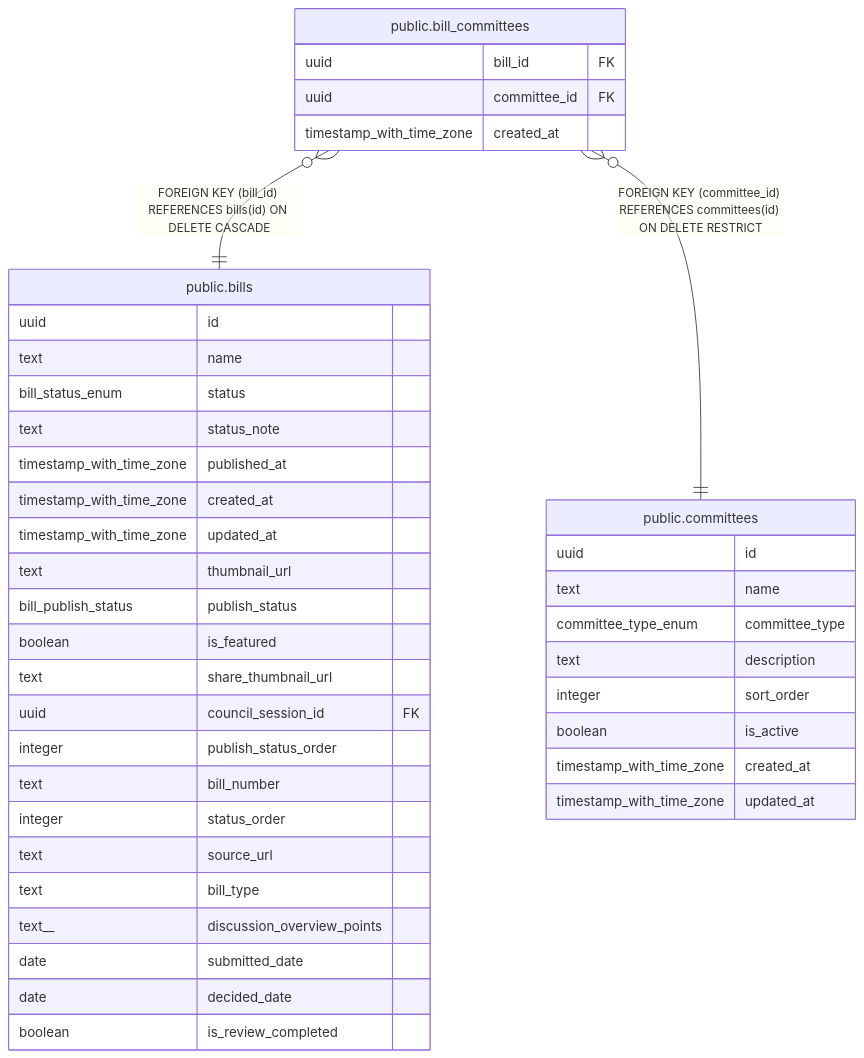
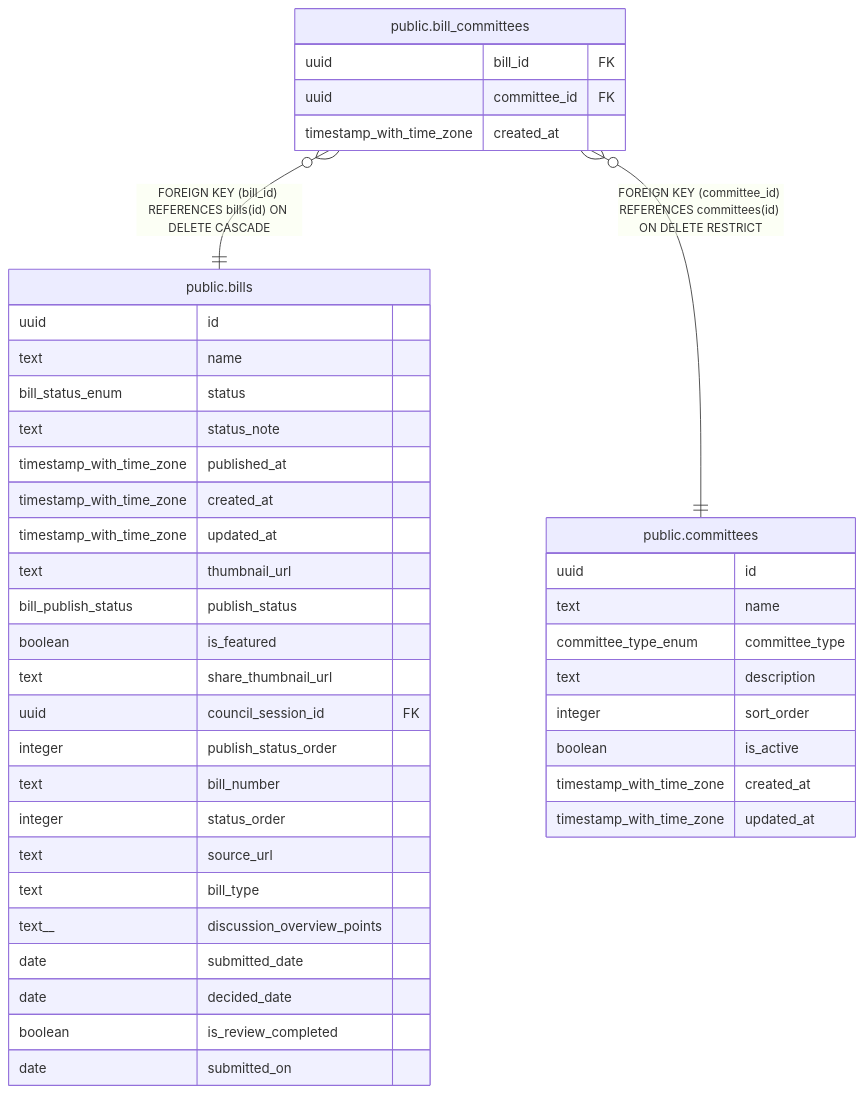
Before and after one commit to s-takahashi-hokkaido/dejimin-gikai: the diagram in docs/schema/public.bill_committees.md, drawn with Mermaid. The commit also changed 24 other files, not shown here.

````diff
--- a/docs/schema/public.bill_committees.md
+++ b/docs/schema/public.bill_committees.md
@@ -38,45 +38,46 @@
 ```mermaid
 erDiagram
 
 "public.bill_committees" }o--|| "public.bills" : "FOREIGN KEY (bill_id) REFERENCES bills(id) ON DELETE CASCADE"
 "public.bill_committees" }o--|| "public.committees" : "FOREIGN KEY (committee_id) REFERENCES committees(id) ON DELETE RESTRICT"
 
 "public.bill_committees" {
   uuid bill_id FK
   uuid committee_id FK
   timestamp_with_time_zone created_at
 }
 "public.bills" {
   uuid id
   text name
   bill_status_enum status
   text status_note
   timestamp_with_time_zone published_at
   timestamp_with_time_zone created_at
   timestamp_with_time_zone updated_at
   text thumbnail_url
   bill_publish_status publish_status
   boolean is_featured
   text share_thumbnail_url
   uuid council_session_id FK
   integer publish_status_order
   text bill_number
   integer status_order
   text source_url
   text bill_type
   text__ discussion_overview_points
   date submitted_date
   date decided_date
   boolean is_review_completed
+  date submitted_on
 }
 "public.committees" {
   uuid id
   text name
   committee_type_enum committee_type
   text description
   integer sort_order
   boolean is_active
   timestamp_with_time_zone created_at
   timestamp_with_time_zone updated_at
 }
 ```
````
